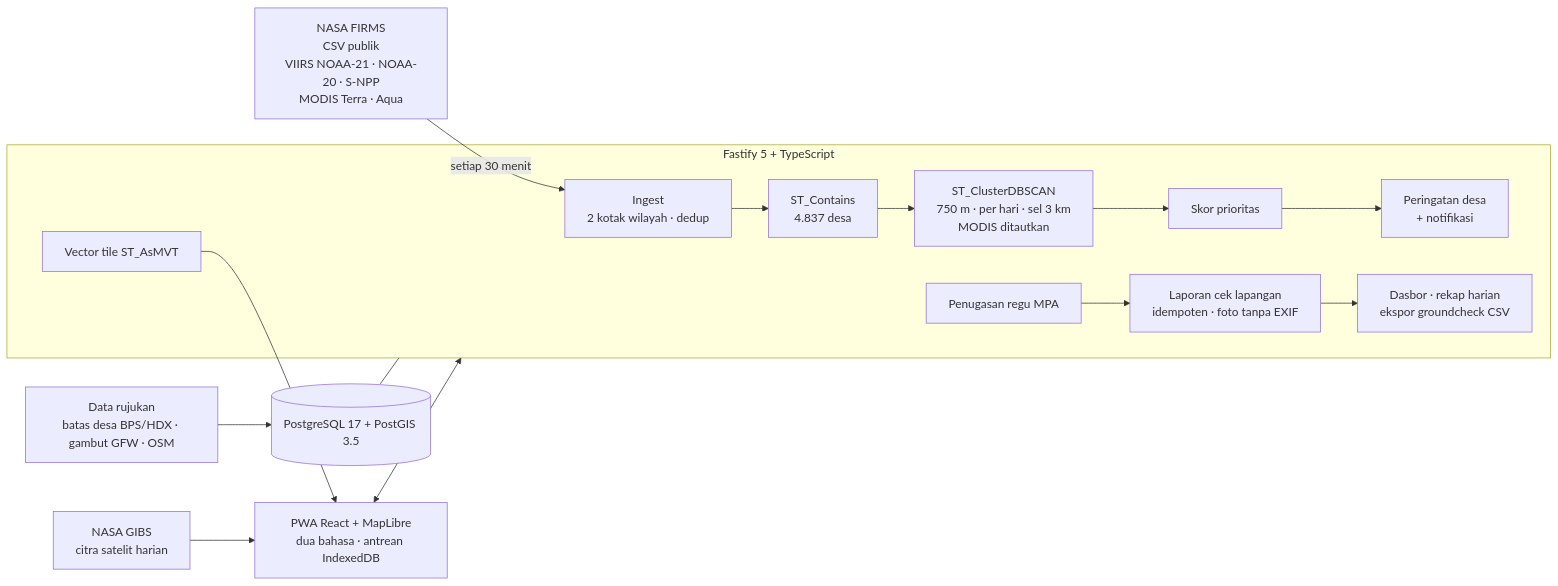
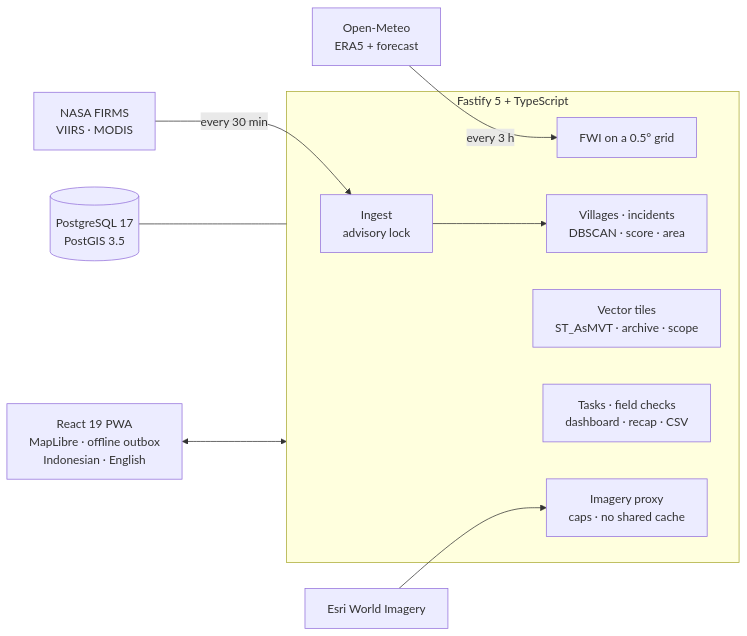
Before and after one commit to mrramdn/titik-api: the diagram in README.md, drawn with Mermaid. The commit also changed other lines of this file and 3 other files, not shown here.

Commit message:
docs: README in English with an Indonesian copy beside it, and a changelog

````diff
--- a/README.md
+++ b/README.md
@@ -37,14 +76,15 @@
 ```mermaid
 flowchart LR
-  FIRMS["NASA FIRMS<br/>CSV publik<br/>VIIRS NOAA-21 · NOAA-20 · S-NPP<br/>MODIS Terra · Aqua"] -->|setiap 30 menit| Ingest
+  FIRMS["NASA FIRMS<br/>VIIRS · MODIS"] -->|every 30 min| Ingest
+  Meteo["Open-Meteo<br/>ERA5 + forecast"] -->|every 3 h| Weather
   subgraph API["Fastify 5 + TypeScript"]
-    Ingest["Ingest<br/>2 kotak wilayah · dedup"] --> Desa["ST_Contains<br/>4.837 desa"] --> Kejadian["ST_ClusterDBSCAN<br/>750 m · per hari · sel 3 km<br/>MODIS ditautkan"] --> Skor["Skor prioritas"] --> Peringatan["Peringatan desa<br/>+ notifikasi"]
-    Tugas["Penugasan regu MPA"] --> Lapor["Laporan cek lapangan<br/>idempoten · foto tanpa EXIF"] --> Dasbor["Dasbor · rekap harian<br/>ekspor groundcheck CSV"]
-    Ubin["Vector tile ST_AsMVT"]
+    Ingest["Ingest<br/>advisory lock"] --> Incidents["Villages · incidents<br/>DBSCAN · score · area"]
+    Weather["FWI on a 0.5° grid"]
+    Tiles["Vector tiles<br/>ST_AsMVT · archive · scope"]
+    Work["Tasks · field checks<br/>dashboard · recap · CSV"]
+    Imagery["Imagery proxy<br/>caps · no shared cache"]
   end
-  DB[("PostgreSQL 17 + PostGIS 3.5")] --- API
-  Ref["Data rujukan<br/>batas desa BPS/HDX · gambut GFW · OSM"] --> DB
-  PWA["PWA React + MapLibre<br/>dua bahasa · antrean IndexedDB"] <--> API
-  Ubin --> PWA
-  GIBS["NASA GIBS<br/>citra satelit harian"] --> PWA
+  DB[("PostgreSQL 17<br/>PostGIS 3.5")] --- API
+  Esri["Esri World Imagery"] --> Imagery
+  PWA["React 19 PWA<br/>MapLibre · offline outbox<br/>Indonesian · English"] <--> API
 ```
````
